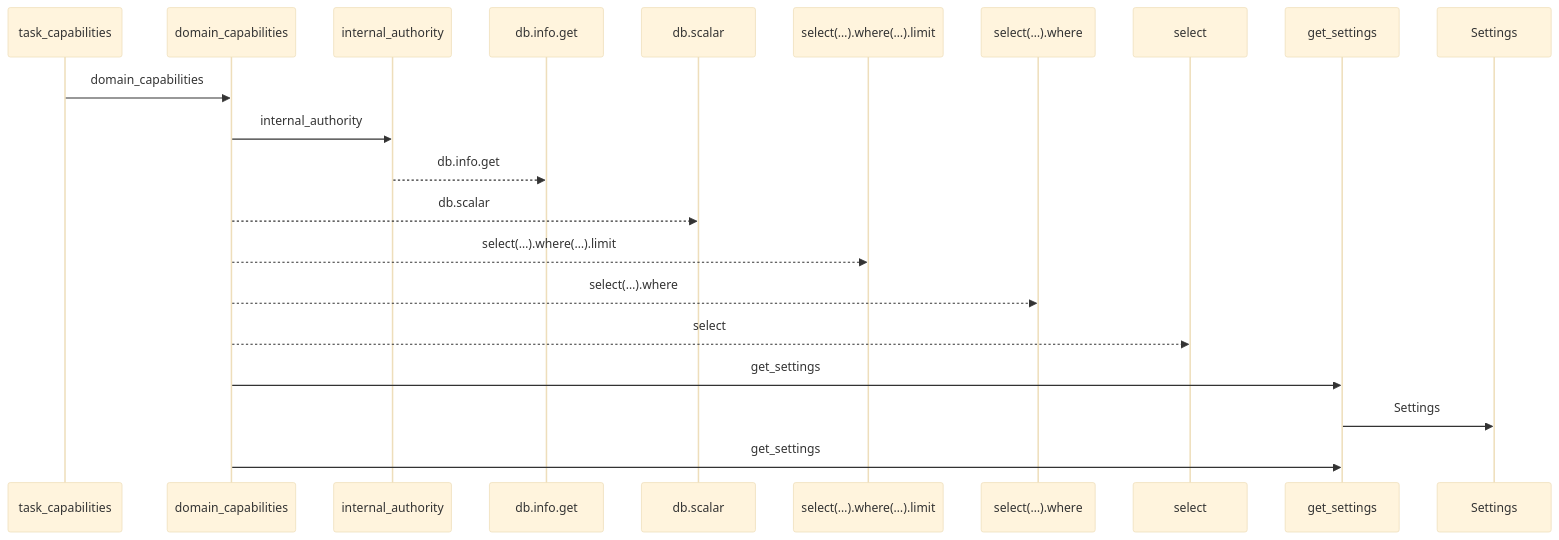
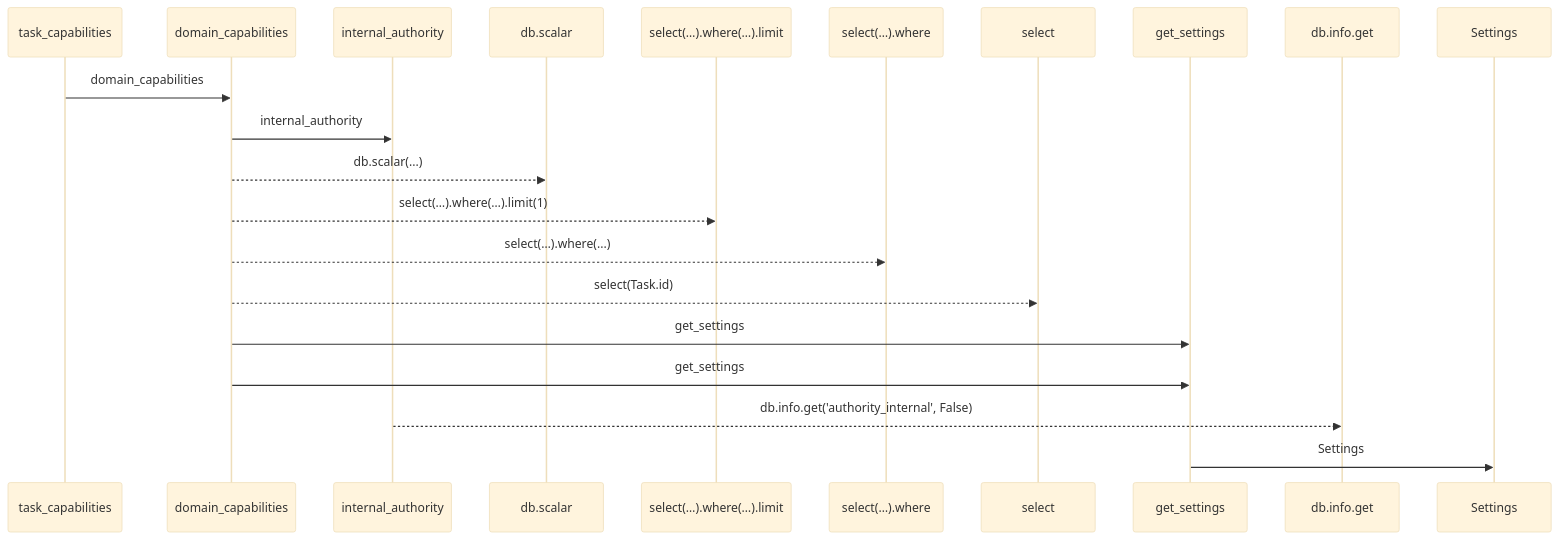
One commit to Denissvgn/WorkChord changed the first of 2 diagrams in docs/llm_wiki/flows/http-task_capabilities.md. Above: the diagram before and after it, drawn with Mermaid (base theme). The commit also changed other lines of this file and 25171 other files, not shown here.

````diff
--- a/docs/llm_wiki/flows/http-task_capabilities.md
+++ b/docs/llm_wiki/flows/http-task_capabilities.md
@@ -10,23 +12,23 @@
 ```mermaid
 sequenceDiagram
     participant p0 as task_capabilities
     participant p1 as domain_capabilities
     participant p2 as internal_authority
-    participant p3 as db.info.get
-    participant p4 as db.scalar
-    participant p5 as select(…).where(…).limit
-    participant p6 as select(…).where
-    participant p7 as select
-    participant p8 as get_settings
+    participant p3 as db.scalar
+    participant p4 as select(…).where(…).limit
+    participant p5 as select(…).where
+    participant p6 as select
+    participant p7 as get_settings
+    participant p8 as db.info.get
     participant p9 as Settings
     p0->>p1: domain_capabilities
     p1->>p2: internal_authority
-    p2-->>p3: db.info.get
-    p1-->>p4: db.scalar
-    p1-->>p5: select(…).where(…).limit
-    p1-->>p6: select(…).where
-    p1-->>p7: select
-    p1->>p8: get_settings
-    p8->>p9: Settings
-    p1->>p8: get_settings
+    p1-->>p3: db.scalar(...)
+    p1-->>p4: select(…).where(…).limit(1)
+    p1-->>p5: select(…).where(...)
+    p1-->>p6: select(Task.id)
+    p1->>p7: get_settings
+    p1->>p7: get_settings
+    p2-->>p8: db.info.get('authority_internal', False)
+    p7->>p9: Settings
 ```
````
